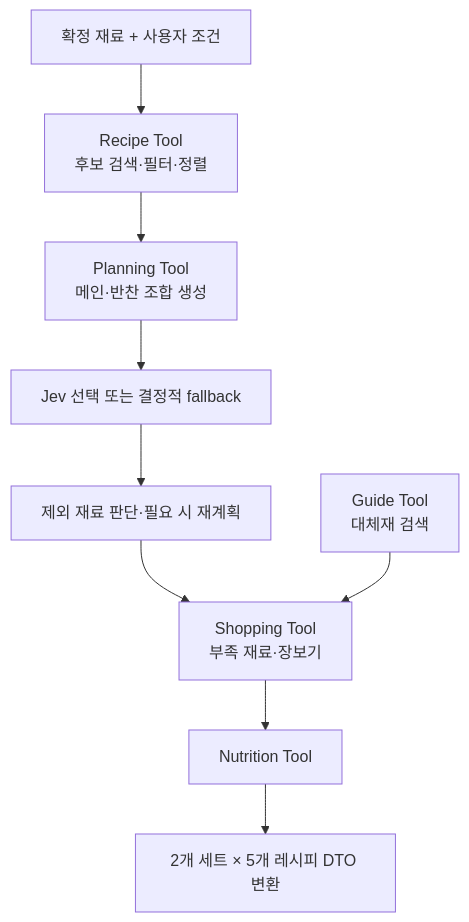
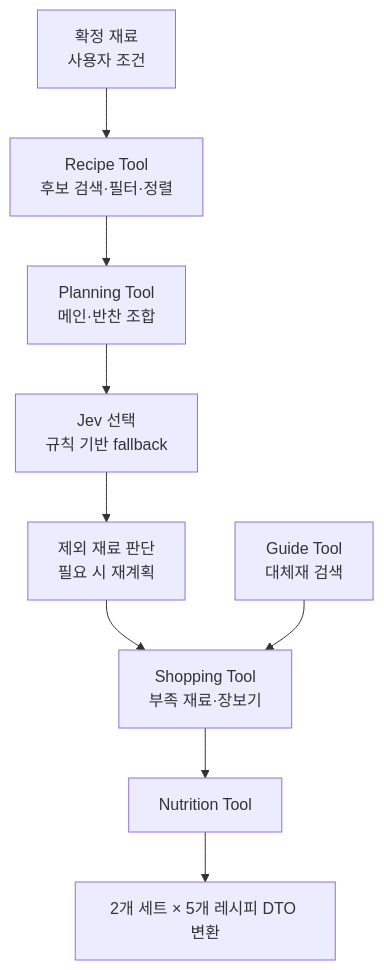
The fifth of 5 diagrams in README.md (DongJunee/2026_aio2_p2_PlanEat_Backend), drawn with Mermaid before and after one commit. The commit also changed other lines of this file and 1 other file, not shown here.

````diff
--- a/README.md
+++ b/README.md
@@ -365,11 +365,11 @@
 ```mermaid
 flowchart TD
-    INPUT[확정 재료 + 사용자 조건] --> SEARCH[Recipe Tool<br/>후보 검색·필터·정렬]
-    SEARCH --> PAIR[Planning Tool<br/>메인·반찬 조합 생성]
-    PAIR --> SELECT[Jev 선택 또는 결정적 fallback]
-    SELECT --> EXCLUDE[제외 재료 판단·필요 시 재계획]
+    INPUT[확정 재료<br/>사용자 조건] --> SEARCH[Recipe Tool<br/>후보 검색·필터·정렬]
+    SEARCH --> PAIR[Planning Tool<br/>메인·반찬 조합]
+    PAIR --> SELECT[Jev 선택<br/>규칙 기반 fallback]
+    SELECT --> EXCLUDE[제외 재료 판단<br/>필요 시 재계획]
     EXCLUDE --> SHOPPING[Shopping Tool<br/>부족 재료·장보기]
     SHOPPING --> NUTRITION[Nutrition Tool]
     NUTRITION --> ADAPT[2개 세트 × 5개 레시피 DTO 변환]
     GUIDE[Guide Tool<br/>대체재 검색] --> SHOPPING
 ```
````
